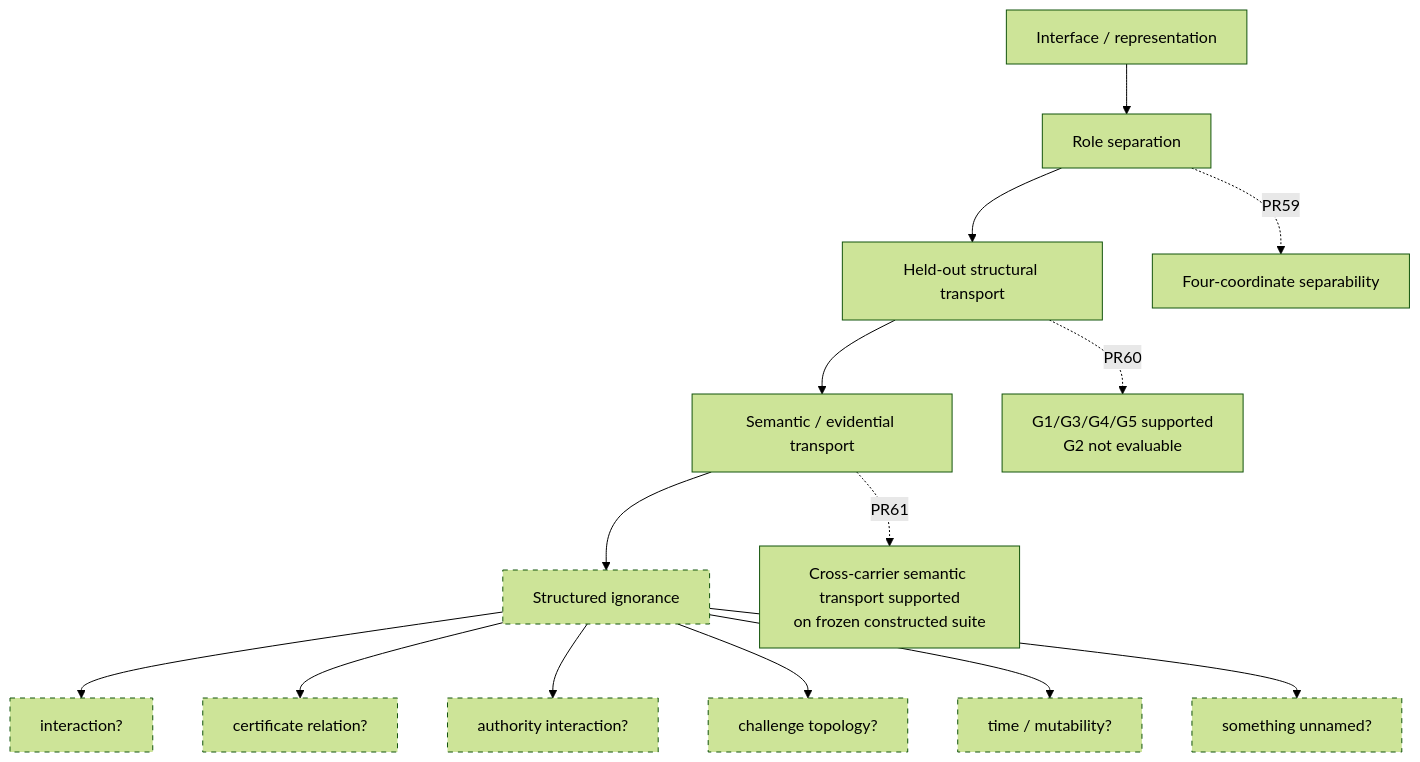
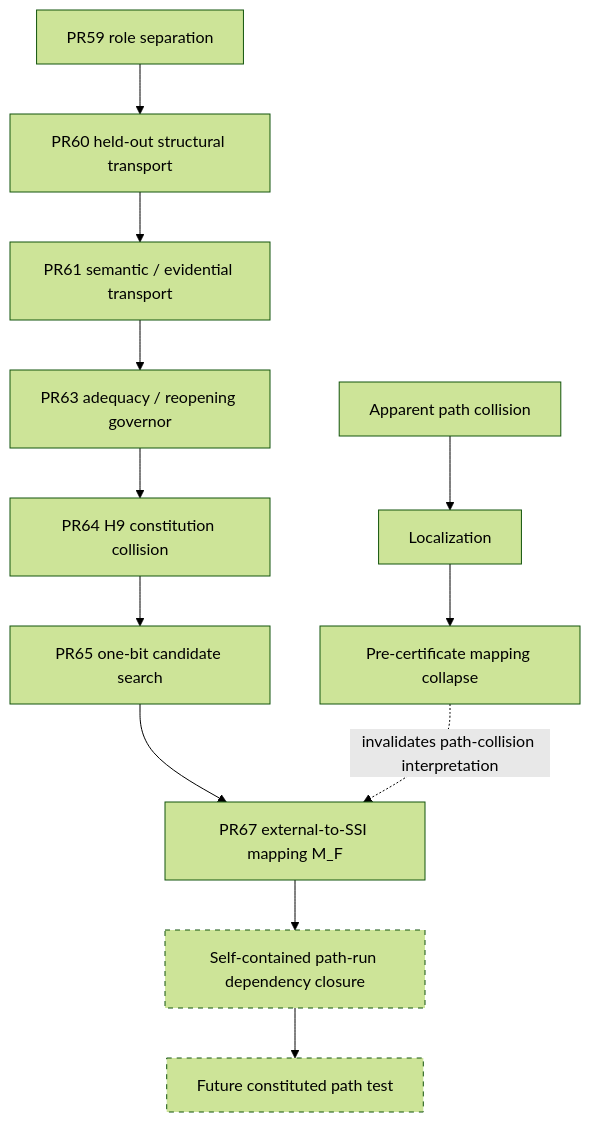
Before and after one commit to bjoern-janson/ssi: the diagram in RESEARCH_MAP.md, drawn with Mermaid (forest theme). The commit also changed other lines of this file and 5 other files, not shown here.

````diff
--- a/RESEARCH_MAP.md
+++ b/RESEARCH_MAP.md
@@ -11,26 +11,18 @@
 ```mermaid
 flowchart TD
-    I[Interface / representation] --> S[Role separation]
-    S --> H[Held-out structural transport]
-    H --> T[Semantic / evidential transport]
-    T --> Q[Structured ignorance]
+    A[PR59 role separation] --> B[PR60 held-out structural transport]
+    B --> C[PR61 semantic / evidential transport]
+    C --> D[PR63 adequacy / reopening governor]
+    D --> E[PR64 H9 constitution collision]
+    E --> F[PR65 one-bit candidate search]
+    F --> G[PR67 external-to-SSI mapping M_F]
+    G --> H[Self-contained path-run dependency closure]
+    H --> I[Future constituted path test]
 
-    S -. PR59 .-> S1[Four-coordinate separability]
-    H -. PR60 .-> H1[G1/G3/G4/G5 supported\nG2 not evaluable]
-    T -. PR61 .-> T1[Cross-carrier semantic transport supported\non frozen constructed suite]
+    X[Apparent path collision] --> Y[Localization]
+    Y --> Z[Pre-certificate mapping collapse]
+    Z -. invalidates path-collision interpretation .-> G
 
-    Q --> U1[interaction?]
-    Q --> U2[certificate relation?]
-    Q --> U3[authority interaction?]
-    Q --> U4[challenge topology?]
-    Q --> U5[time / mutability?]
-    Q --> U6[something unnamed?]
-
-    style Q stroke-dasharray: 5 5
-    style U1 stroke-dasharray: 5 5
-    style U2 stroke-dasharray: 5 5
-    style U3 stroke-dasharray: 5 5
-    style U4 stroke-dasharray: 5 5
-    style U5 stroke-dasharray: 5 5
-    style U6 stroke-dasharray: 5 5
+    style H stroke-dasharray: 5 5
+    style I stroke-dasharray: 5 5
 ```
````
